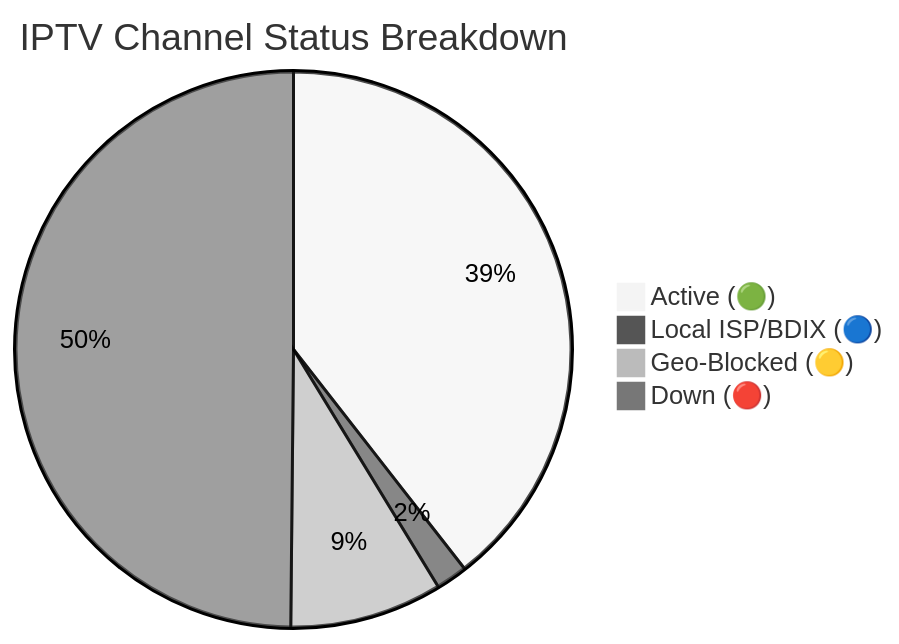
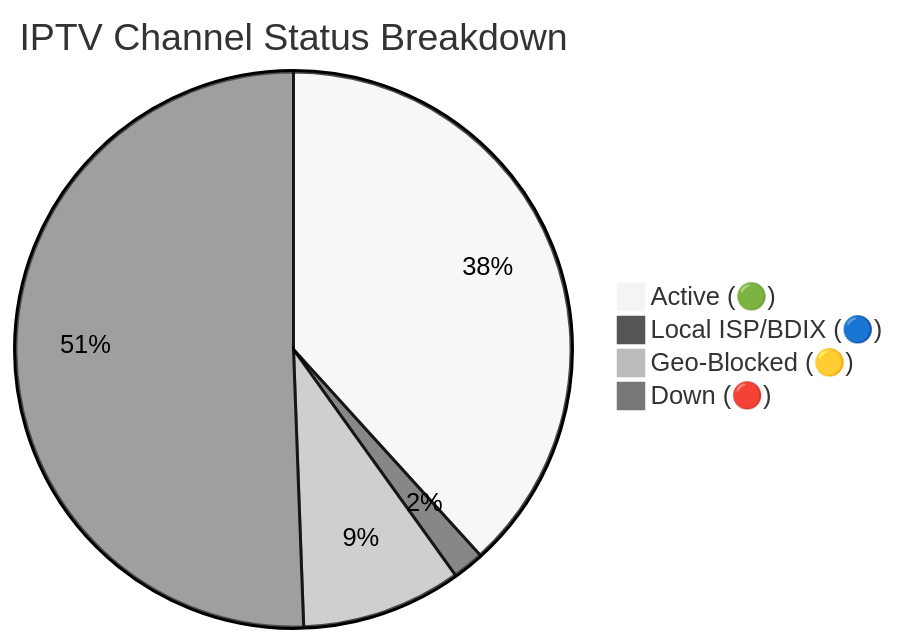
The diagram in README.md (andreataylord/Ip-tv-Collection), drawn with Mermaid (neutral theme) before and after one commit. The commit also changed other lines of this file and 1 other file, not shown here.

Commit message:
docs(readme): auto-update daily channel status chart

````diff
--- a/README.md
+++ b/README.md
@@ -59,7 +59,7 @@
 ```mermaid
 pie title IPTV Channel Status Breakdown
-    "Active (🟢)" : 2765
+    "Active (🟢)" : 2682
     "Local ISP/BDIX (🔵)" : 128
-    "Geo-Blocked (🟡)" : 622
-    "Down (🔴)" : 3493
+    "Geo-Blocked (🟡)" : 653
+    "Down (🔴)" : 3545
 ```
````
